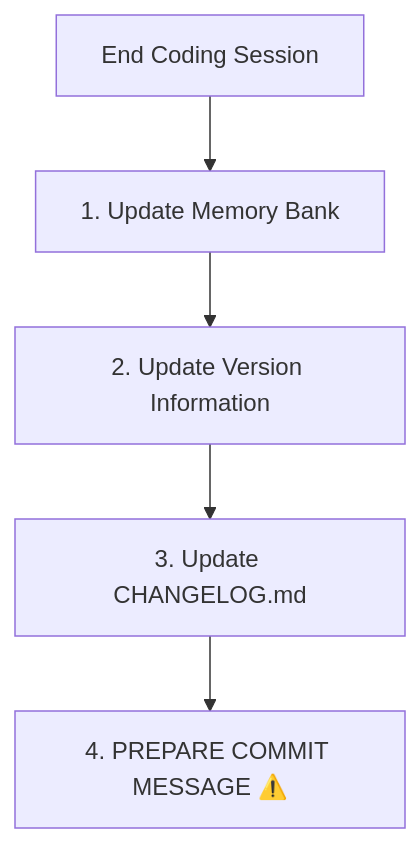
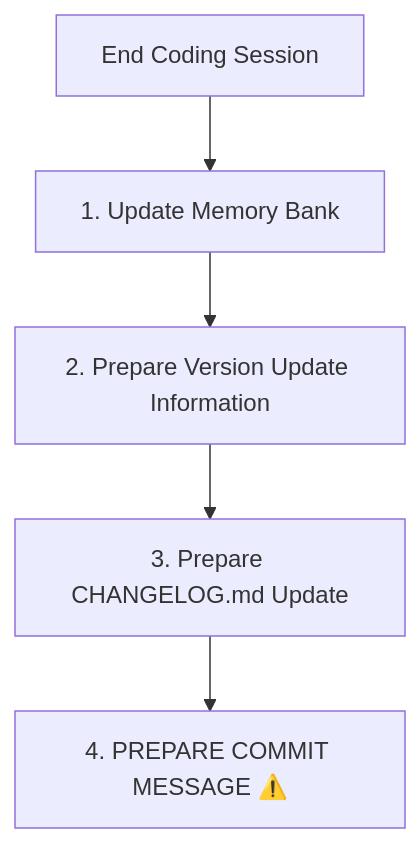
The fourth of 4 diagrams in docs/custom_instructions.md (AstroMined/debtonator), drawn with Mermaid before and after one commit. The commit also changed other lines of this file and 42 other files, not shown here.

````diff
--- a/docs/custom_instructions.md
+++ b/docs/custom_instructions.md
@@ -86,7 +86,7 @@
 ```mermaid
 flowchart TD
     Start[End Coding Session] --> MB[1. Update Memory Bank]
-    MB --> V[2. Update Version Information]
-    V --> CL[3. Update CHANGELOG.md]
+    MB --> V[2. Prepare Version Update Information]
+    V --> CL[3. Prepare CHANGELOG.md Update]
     CL --> R[4. PREPARE COMMIT MESSAGE ⚠️]
 ```
````
